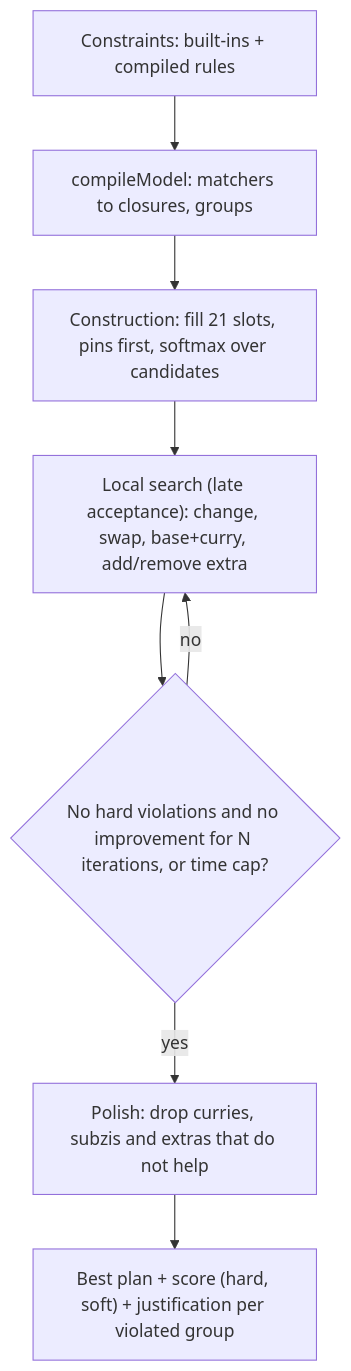
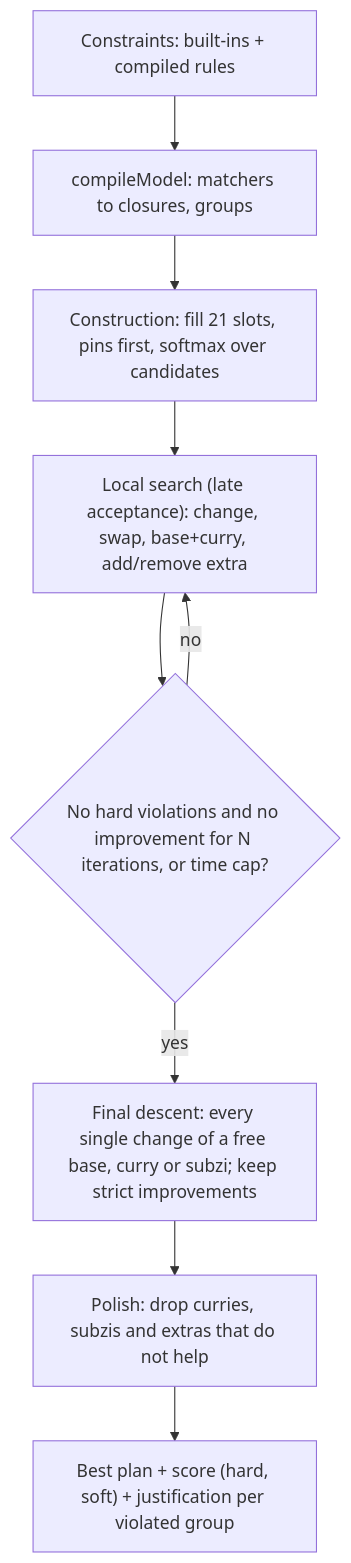
Before and after one commit to shriah/meal-planner: the second of 2 diagrams in docs/architecture.md, drawn with Mermaid. The commit also changed other lines of this file and 1 other file, not shown here.

Commit message:
docs: CLAUDE.md commands, vocabulary and planner rules; architecture brought up to date

````diff
--- a/docs/architecture.md
+++ b/docs/architecture.md
@@ -154,10 +155,11 @@
 ```mermaid
 flowchart TD
     A["Constraints: built-ins + compiled rules"] --> B["compileModel: matchers to closures, groups"]
     B --> C["Construction: fill 21 slots, pins first, softmax over candidates"]
     C --> D["Local search (late acceptance): change, swap, base+curry, add/remove extra"]
     D --> E{"No hard violations and no improvement for N iterations, or time cap?"}
     E -->|no| D
-    E -->|yes| F["Polish: drop curries, subzis and extras that do not help"]
+    E -->|yes| H["Final descent: every single change of a free base, curry or subzi; keep strict improvements"]
+    H --> F["Polish: drop curries, subzis and extras that do not help"]
     F --> G["Best plan + score (hard, soft) + justification per violated group"]
 ```
````
